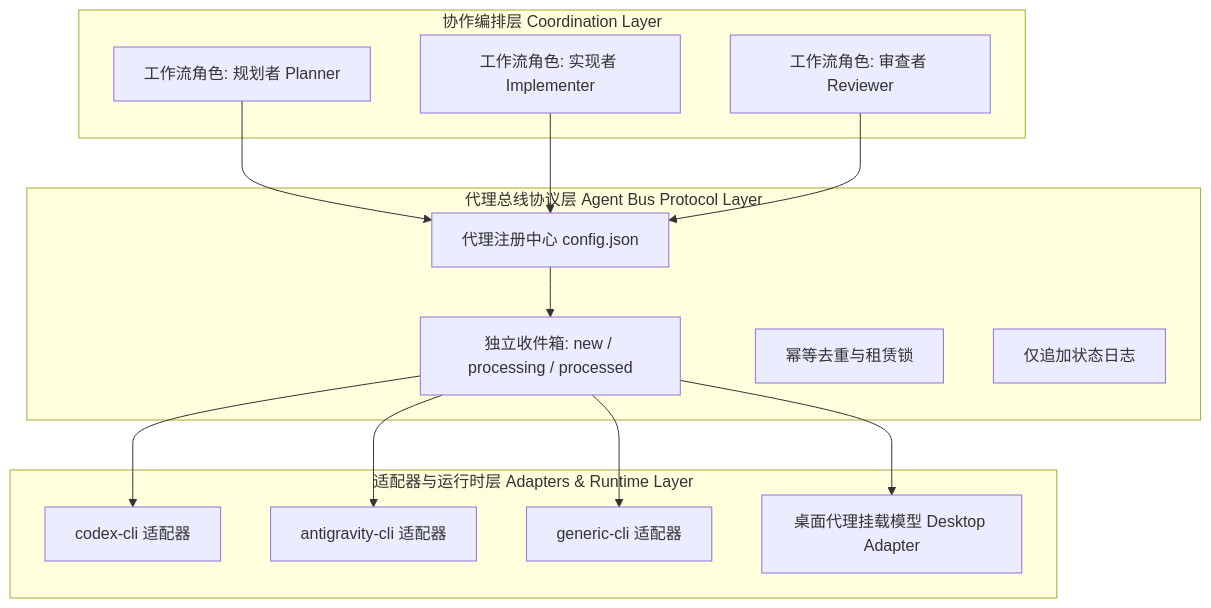
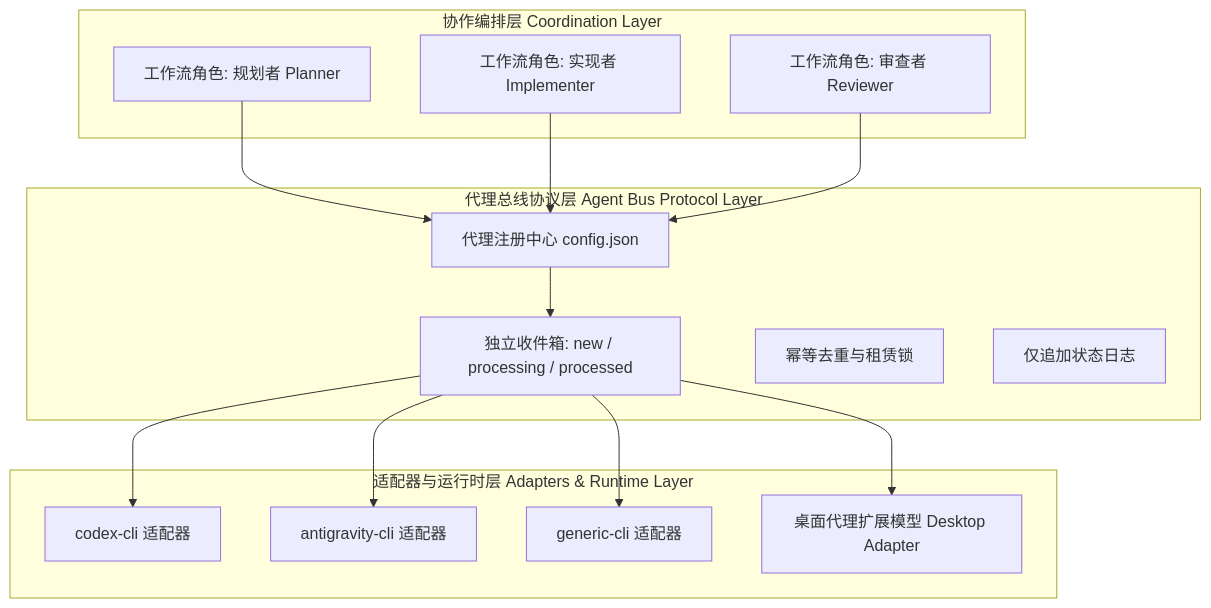
One commit to hogancv/coordinate-agents changed the diagram in README.zh-CN.md. Above: the diagram before and after it, drawn with Mermaid. The commit also changed other lines of this file and 13 other files, not shown here.

````diff
--- a/README.zh-CN.md
+++ b/README.zh-CN.md
@@ -58,28 +58,28 @@
 ```mermaid
 graph TD
     subgraph 协作编排层 Coordination Layer
         P[工作流角色: 规划者 Planner]
         I[工作流角色: 实现者 Implementer]
         R[工作流角色: 审查者 Reviewer]
     end
     subgraph 代理总线协议层 Agent Bus Protocol Layer
         REG[代理注册中心 config.json]
         Q[独立收件箱: new / processing / processed]
         DEDUPE[幂等去重与租赁锁]
         STATE[仅追加状态日志]
     end
     subgraph 适配器与运行时层 Adapters & Runtime Layer
         A1[codex-cli 适配器]
         A2[antigravity-cli 适配器]
         A3[generic-cli 适配器]
-        A4[桌面代理挂载模型 Desktop Adapter]
+        A4[桌面代理扩展模型 Desktop Adapter]
     end
     P --> REG
     I --> REG
     R --> REG
     REG --> Q
     Q --> A1
     Q --> A2
     Q --> A3
     Q --> A4
 ```
````
